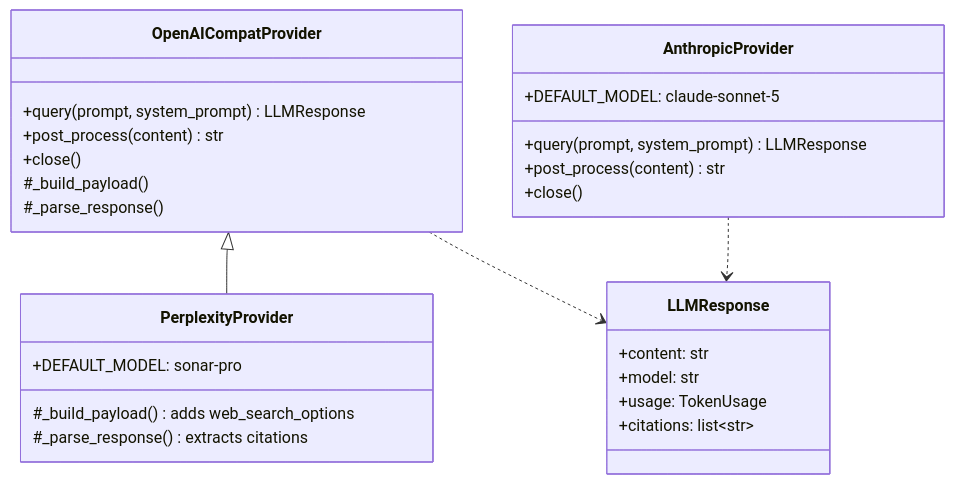
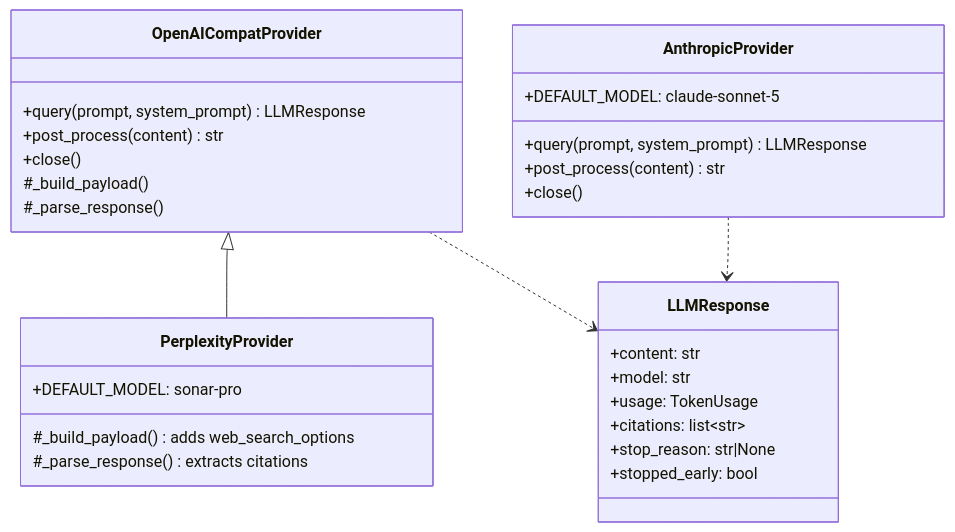
Before and after one commit to rossgroomio/fpl-cli: the fifth of 7 diagrams in docs/architecture.md, drawn with Mermaid. The commit also changed other lines of this file and 19 other files, not shown here.

````diff
--- a/docs/architecture.md
+++ b/docs/architecture.md
@@ -397,34 +397,36 @@
 ```mermaid
 classDiagram
     class LLMResponse {
         +content: str
         +model: str
         +usage: TokenUsage
         +citations: list~str~
+        +stop_reason: str|None
+        +stopped_early: bool
     }
 
     class OpenAICompatProvider {
         +query(prompt, system_prompt) LLMResponse
         +post_process(content) str
         +close()
         #_build_payload()
         #_parse_response()
     }
 
     class PerplexityProvider {
         +DEFAULT_MODEL: sonar-pro
         #_build_payload() adds web_search_options
         #_parse_response() extracts citations
     }
 
     class AnthropicProvider {
         +DEFAULT_MODEL: claude-sonnet-5
         +query(prompt, system_prompt) LLMResponse
         +post_process(content) str
         +close()
     }
 
     OpenAICompatProvider <|-- PerplexityProvider
     OpenAICompatProvider ..> LLMResponse
     AnthropicProvider ..> LLMResponse
 ```
````
